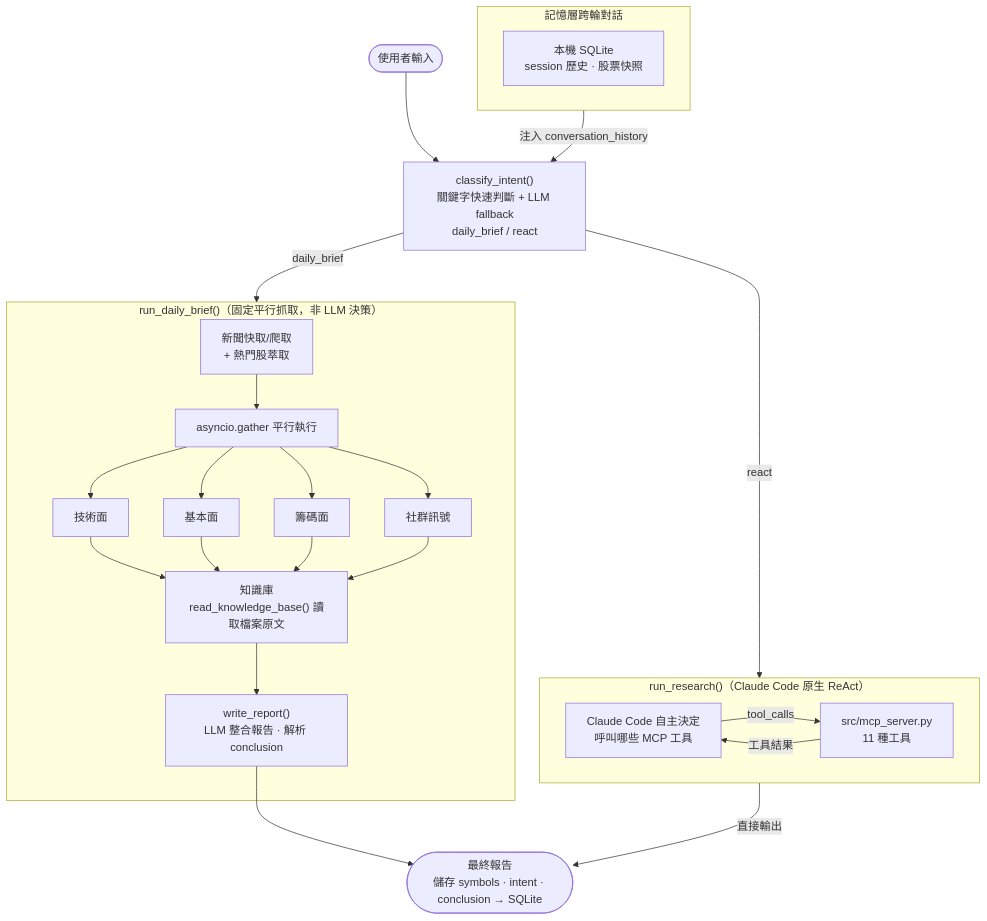
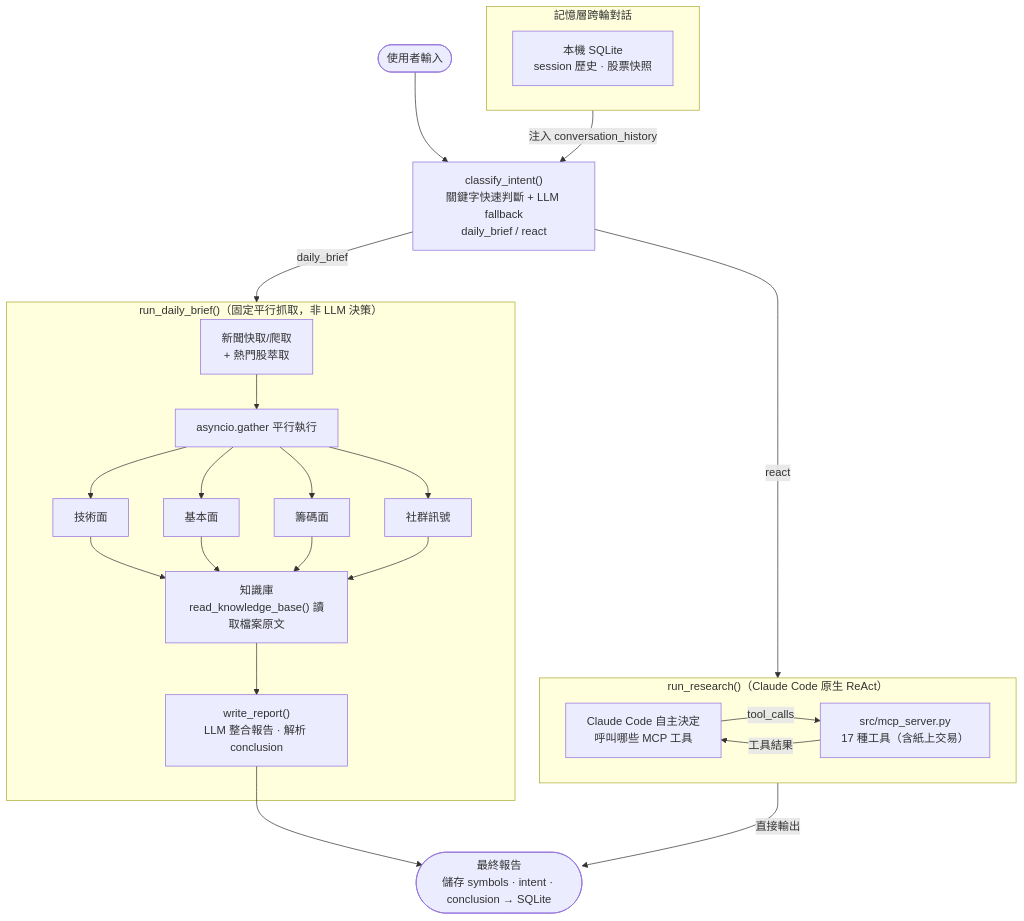
The diagram in README.md (carterwu1120/market-agent), drawn with Mermaid before and after one commit. The commit also changed other lines of this file and 6 other files, not shown here.

````diff
--- a/README.md
+++ b/README.md
@@ -31,30 +32,30 @@
 ```mermaid
 flowchart TD
     subgraph MEM["記憶層跨輪對話"]
         SQLITE["本機 SQLite\nsession 歷史 · 股票快照"]
     end
 
     USER([使用者輸入]) --> CLS
 
     MEM -->|注入 conversation_history| CLS
 
     CLS["classify_intent()\n關鍵字快速判斷 + LLM fallback\ndaily_brief / react"]
 
     CLS -->|react| RA
     CLS -->|daily_brief| DB
 
     subgraph RA["run_research()（Claude Code 原生 ReAct）"]
-        LLM_R["Claude Code 自主決定\n呼叫哪些 MCP 工具"] -->|tool_calls| MCP["src/mcp_server.py\n11 種工具"]
+        LLM_R["Claude Code 自主決定\n呼叫哪些 MCP 工具"] -->|tool_calls| MCP["src/mcp_server.py\n17 種工具（含紙上交易）"]
         MCP -->|工具結果| LLM_R
     end
 
     subgraph DB["run_daily_brief()（固定平行抓取，非 LLM 決策）"]
         NEWS["新聞快取/爬取\n+ 熱門股萃取"] --> FANOUT
         FANOUT["asyncio.gather 平行執行"] --> TA["技術面"] & FA["基本面"] & CA["籌碼面"] & SA["社群訊號"]
         TA & FA & CA & SA --> KB["知識庫\nread_knowledge_base() 讀取檔案原文"]
         KB --> SYN["write_report()\nLLM 整合報告 · 解析 conclusion"]
     end
 
     RA -->|直接輸出| END([最終報告\n儲存 symbols · intent · conclusion → SQLite])
     SYN --> END
 ```
````
